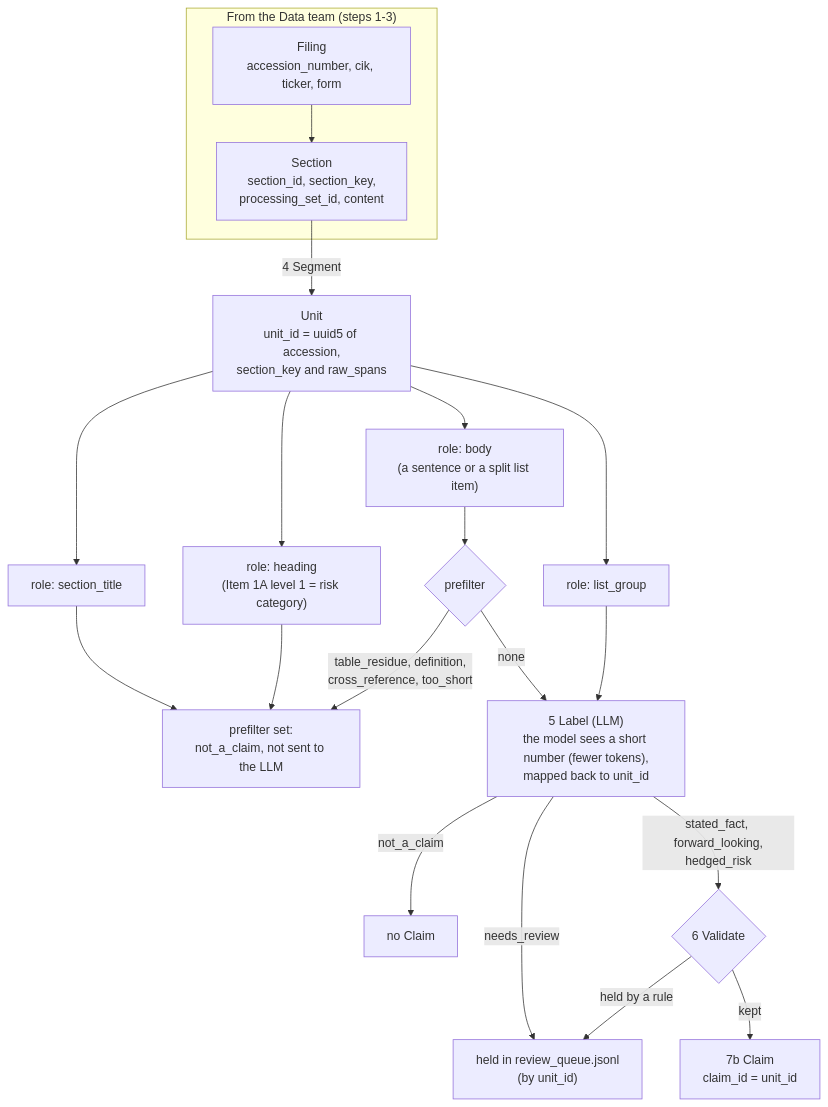
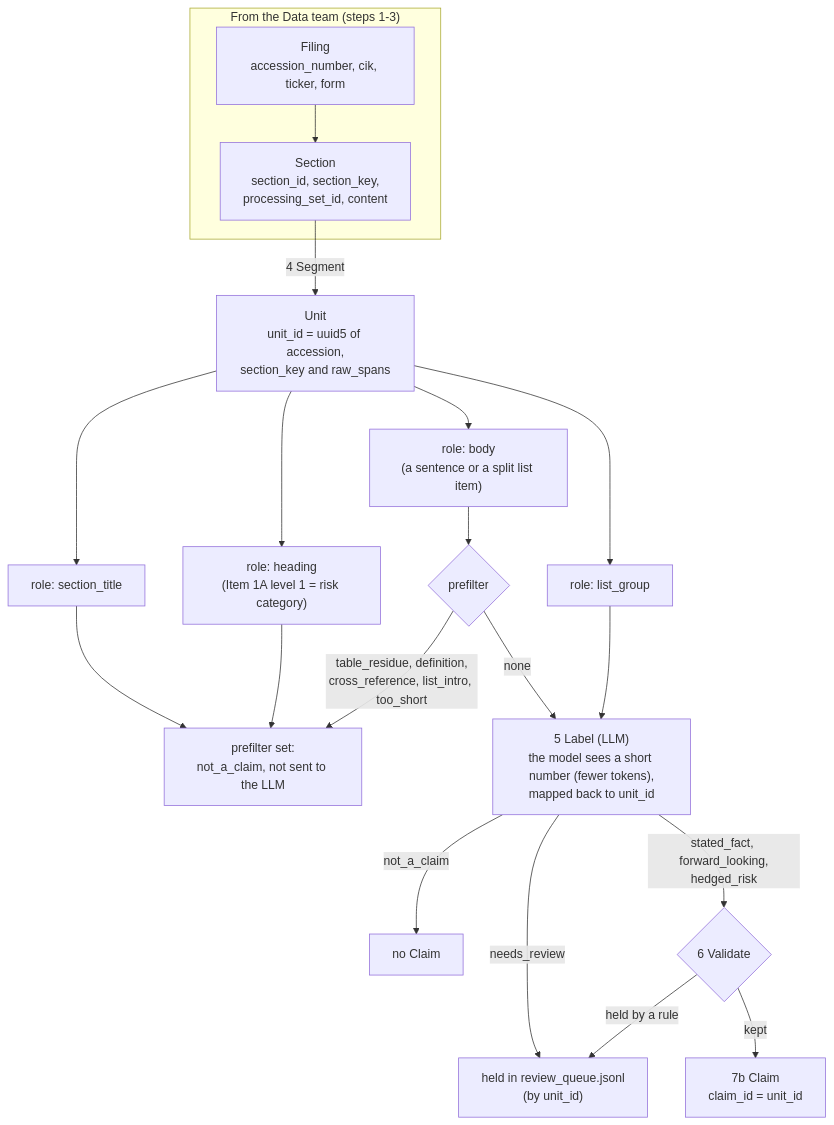
The second of 4 diagrams in extraction_pipeline/README.md (ZiyiClaudiaWang/KPMG-GraphRAG), drawn with Mermaid before and after one commit. The commit also changed other lines of this file and 12 other files, not shown here.

Commit message:
Make too_short a residual: list_intro, run-in headings, short sentences (v10)

````diff
--- a/extraction_pipeline/README.md
+++ b/extraction_pipeline/README.md
@@ -117,26 +117,26 @@
 ```mermaid
 flowchart TD
     subgraph DATA["From the Data team (steps 1-3)"]
         F["Filing<br/>accession_number, cik, ticker, form"]
         S["Section<br/>section_id, section_key,<br/>processing_set_id, content"]
         F --> S
     end
     S -->|"4 Segment"| U["Unit<br/>unit_id = uuid5 of accession,<br/>section_key and raw_spans"]
 
     U --> R1["role: section_title"]
     U --> R2["role: heading<br/>(Item 1A level 1 = risk category)"]
     U --> R4["role: body<br/>(a sentence or a split list item)"]
     U --> R5["role: list_group"]
 
     R1 & R2 --> NO["prefilter set:<br/>not_a_claim, not sent to the LLM"]
     R4 --> P{"prefilter"}
-    P -->|"table_residue, definition,<br/>cross_reference, too_short"| NO
+    P -->|"table_residue, definition,<br/>cross_reference, list_intro, too_short"| NO
     P -->|"none"| LLM
     R5 --> LLM["5 Label (LLM)<br/>the model sees a short number (fewer tokens),<br/>mapped back to unit_id"]
 
     LLM -->|"not_a_claim"| NC["no Claim"]
     LLM -->|"needs_review"| H["held in review_queue.jsonl<br/>(by unit_id)"]
     LLM -->|"stated_fact, forward_looking,<br/>hedged_risk"| V{"6 Validate"}
     V -->|"held by a rule"| H
     V -->|"kept"| C["7b Claim<br/>claim_id = unit_id"]
 ```
````
